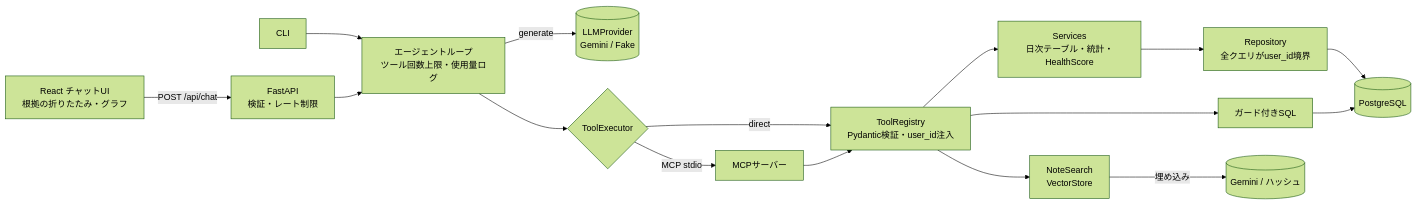
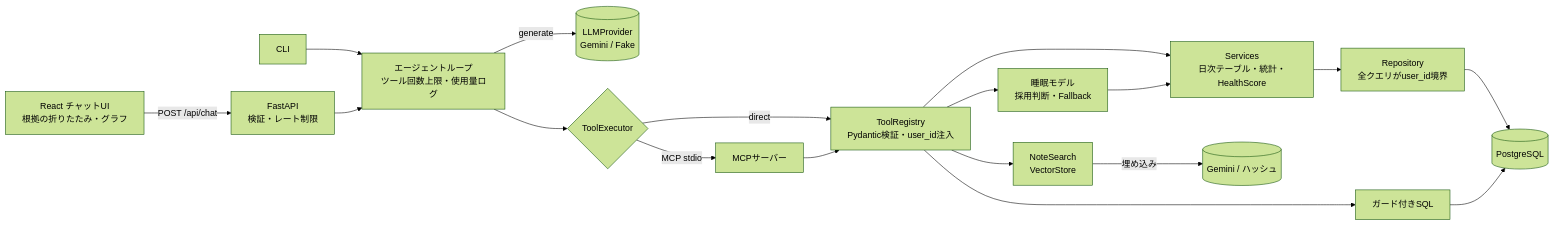
One commit to shim369/Python-Health-Insight-Agent changed the diagram in README.md. Above: the diagram before and after it, drawn with Mermaid (forest theme). The commit also changed other lines of this file and 5 other files, not shown here.

````diff
--- a/README.md
+++ b/README.md
@@ -31,17 +33,19 @@
 ```mermaid
 flowchart LR
   UI[React チャットUI<br/>根拠の折りたたみ・グラフ] -->|POST /api/chat| API[FastAPI<br/>検証・レート制限]
   CLI[CLI] --> Agent
   API --> Agent[エージェントループ<br/>ツール回数上限・使用量ログ]
   Agent -->|generate| LLM[(LLMProvider<br/>Gemini / Fake)]
   Agent --> Exec{ToolExecutor}
   Exec -->|direct| Reg[ToolRegistry<br/>Pydantic検証・user_id注入]
   Exec -->|MCP stdio| MCP[MCPサーバー] --> Reg
   Reg --> Svc[Services<br/>日次テーブル・統計・HealthScore]
   Reg --> Notes[NoteSearch<br/>VectorStore]
   Reg --> SQL[ガード付きSQL]
+  Reg --> Model[睡眠モデル<br/>採用判断・Fallback]
   Svc --> Repo[Repository<br/>全クエリがuser_id境界]
   Repo --> DB[(PostgreSQL)]
   SQL --> DB
+  Model --> Svc
   Notes -->|埋め込み| Emb[(Gemini / ハッシュ)]
 ```
````
